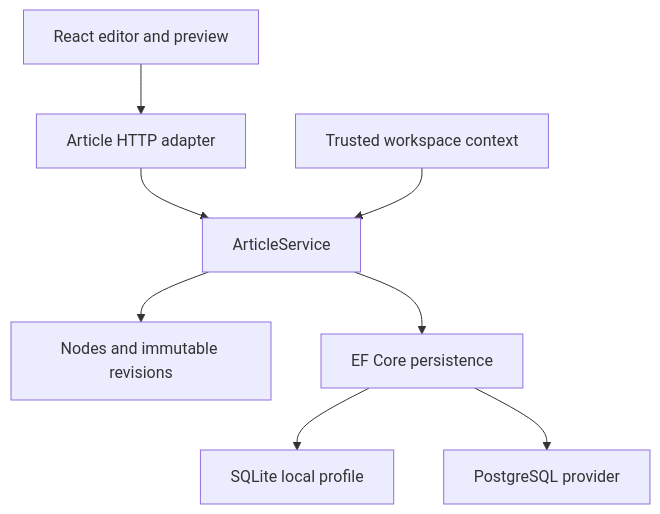
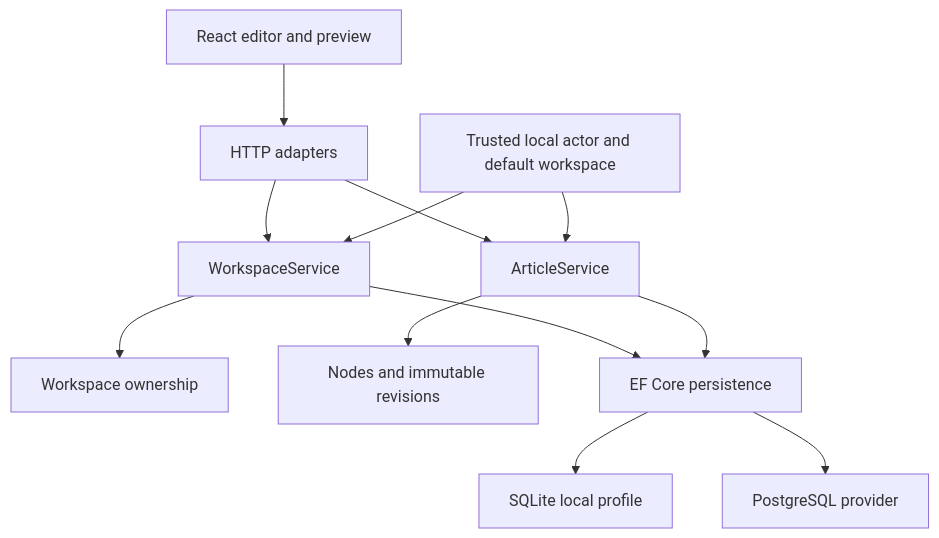
The diagram in docs/architecture.md (am-space/knowledge-management), drawn with Mermaid before and after one commit. The commit also changed other lines of this file and 21 other files, not shown here.

````diff
--- a/docs/architecture.md
+++ b/docs/architecture.md
@@ -9,10 +10,14 @@
 ```mermaid
 flowchart TD
-    Web["React editor and preview"] --> Http["Article HTTP adapter"]
-    Http --> Service["ArticleService"]
-    Context["Trusted workspace context"] --> Service
-    Service --> Domain["Nodes and immutable revisions"]
-    Service --> Persistence["EF Core persistence"]
+    Web["React editor and preview"] --> Http["HTTP adapters"]
+    Http --> ArticleService["ArticleService"]
+    Http --> WorkspaceService["WorkspaceService"]
+    Context["Trusted local actor and default workspace"] --> WorkspaceService
+    Context --> ArticleService
+    WorkspaceService --> Domain["Workspace ownership"]
+    ArticleService --> RevisionDomain["Nodes and immutable revisions"]
+    WorkspaceService --> Persistence["EF Core persistence"]
+    ArticleService --> Persistence
     Persistence --> SQLite["SQLite local profile"]
     Persistence --> PostgreSQL["PostgreSQL provider"]
 ```
````
